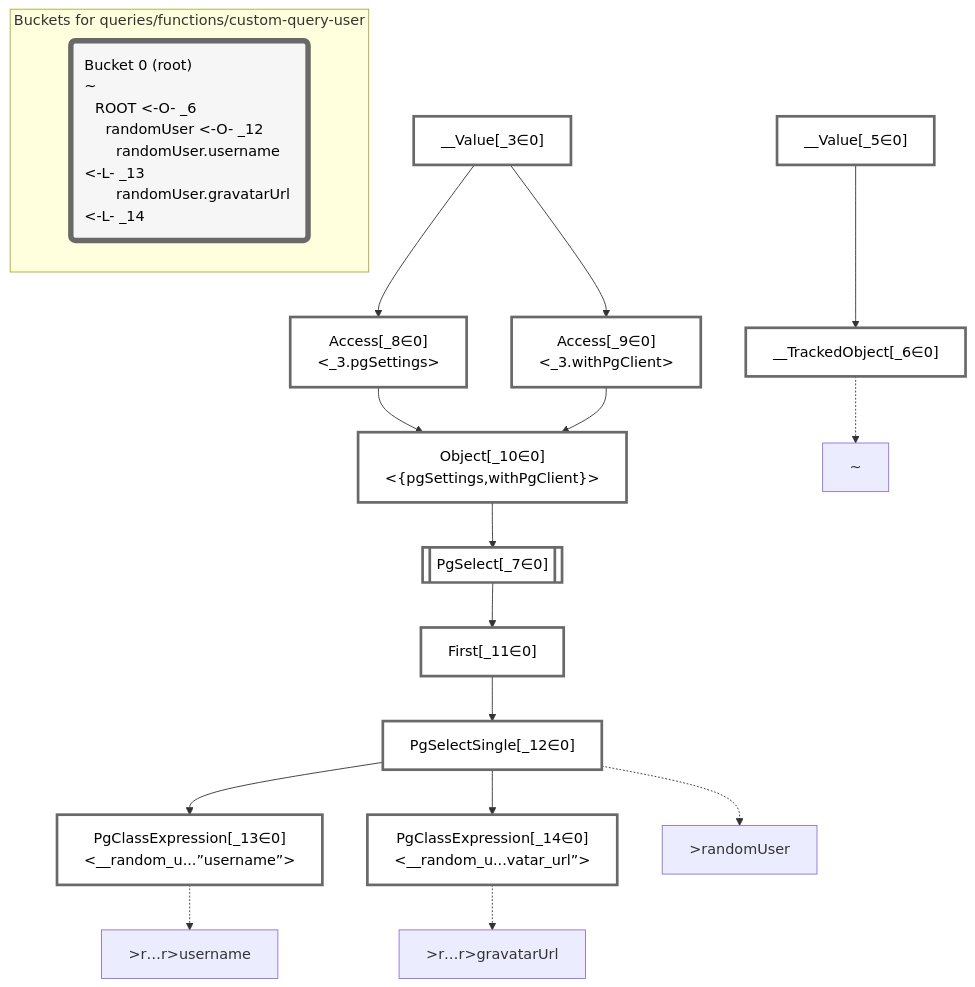
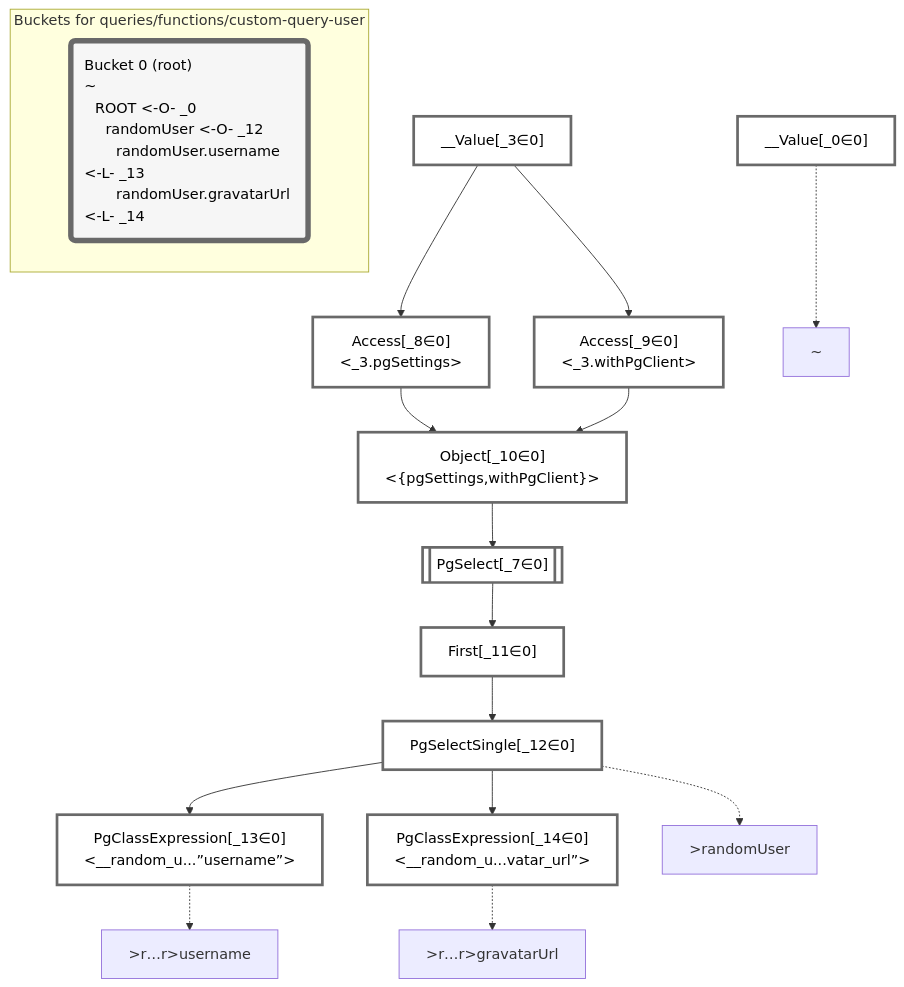
Before and after one commit to graphile/crystal: the diagram in packages/dataplan-pg/__tests__/queries/functions/custom-query-user.deopt.mermaid.md, drawn with Mermaid. The commit also changed 193 other files, not shown here.

Commit message:
Update test plan snapshots with new root plan

````diff
--- a/packages/dataplan-pg/__tests__/queries/functions/custom-query-user.deopt.mermaid.md
+++ b/packages/dataplan-pg/__tests__/queries/functions/custom-query-user.deopt.mermaid.md
@@ -1,53 +1,51 @@
 ```mermaid
 graph TD
     classDef path fill:#eee,stroke:#000,color:#000
     classDef plan fill:#fff,stroke-width:3px,color:#000
     classDef itemplan fill:#fff,stroke-width:6px,color:#000
     classDef sideeffectplan fill:#f00,stroke-width:6px,color:#000
     classDef bucket fill:#f6f6f6,color:#000,stroke-width:6px,text-align:left
 
 
     %% define plans
+    __Value_0["__Value[_0∈0]"]:::plan
     __Value_3["__Value[_3∈0]<br /><context>"]:::plan
-    __Value_5["__Value[_5∈0]<br /><rootValue>"]:::plan
-    __TrackedObject_6["__TrackedObject[_6∈0]"]:::plan
     PgSelect_7[["PgSelect[_7∈0]<br /><random_user>"]]:::plan
     Access_8["Access[_8∈0]<br /><_3.pgSettings>"]:::plan
     Access_9["Access[_9∈0]<br /><_3.withPgClient>"]:::plan
     Object_10["Object[_10∈0]<br /><{pgSettings,withPgClient}>"]:::plan
     First_11["First[_11∈0]"]:::plan
     PgSelectSingle_12["PgSelectSingle[_12∈0]<br /><users>"]:::plan
     PgClassExpression_13["PgClassExpression[_13∈0]<br /><__random_u...”username”>"]:::plan
     PgClassExpression_14["PgClassExpression[_14∈0]<br /><__random_u...vatar_url”>"]:::plan
 
     %% plan dependencies
-    __Value_5 --> __TrackedObject_6
     Object_10 --> PgSelect_7
     __Value_3 --> Access_8
     __Value_3 --> Access_9
     Access_8 --> Object_10
     Access_9 --> Object_10
     PgSelect_7 --> First_11
     First_11 --> PgSelectSingle_12
     PgSelectSingle_12 --> PgClassExpression_13
     PgSelectSingle_12 --> PgClassExpression_14
 
     %% plan-to-path relationships
-    P_6["~"]
-    __TrackedObject_6 -.-> P_6
+    P_0["~"]
+    __Value_0 -.-> P_0
     P_12[">randomUser"]
     PgSelectSingle_12 -.-> P_12
     P_13[">r…r>username"]
     PgClassExpression_13 -.-> P_13
     P_14[">r…r>gravatarUrl"]
     PgClassExpression_14 -.-> P_14
 
     %% allocate buckets
     classDef bucket0 stroke:#696969
-    class __Value_3,__Value_5,__TrackedObject_6,PgSelect_7,Access_8,Access_9,Object_10,First_11,PgSelectSingle_12,PgClassExpression_13,PgClassExpression_14 bucket0
+    class __Value_0,__Value_3,PgSelect_7,Access_8,Access_9,Object_10,First_11,PgSelectSingle_12,PgClassExpression_13,PgClassExpression_14 bucket0
 
     subgraph "Buckets for queries/functions/custom-query-user"
-    Bucket0("Bucket 0 (root)<br />~<br />⠀ROOT <-O- _6<br />⠀⠀randomUser <-O- _12<br />⠀⠀⠀randomUser.username <-L- _13<br />⠀⠀⠀randomUser.gravatarUrl <-L- _14"):::bucket
+    Bucket0("Bucket 0 (root)<br />~<br />⠀ROOT <-O- _0<br />⠀⠀randomUser <-O- _12<br />⠀⠀⠀randomUser.username <-L- _13<br />⠀⠀⠀randomUser.gravatarUrl <-L- _14"):::bucket
     style Bucket0 stroke:#696969
     end
 ```
````
